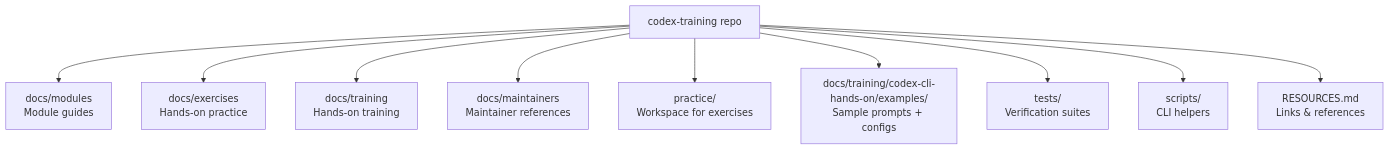
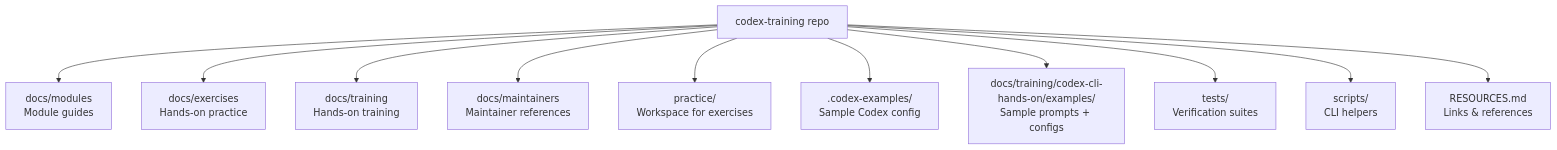
One commit to lbijeau/codex-training changed the second of 2 diagrams in README.md. Above: the diagram before and after it, drawn with Mermaid. The commit also changed other lines of this file, not shown here.

Commit message:
docs: align README codex examples references

````diff
--- a/README.md
+++ b/README.md
@@ -37,13 +37,14 @@
 ```mermaid
 graph TB
     ROOT["codex-training repo"]
     ROOT --> modules["docs/modules\nModule guides"]
     ROOT --> exercises["docs/exercises\nHands-on practice"]
     ROOT --> training["docs/training\nHands-on training"]
     ROOT --> maintainers["docs/maintainers\nMaintainer references"]
     ROOT --> practice["practice/\nWorkspace for exercises"]
-    ROOT --> codexExamples["docs/training/codex-cli-hands-on/examples/\nSample prompts + configs"]
+    ROOT --> codexExamples[".codex-examples/\nSample Codex config"]
+    ROOT --> trainingExamples["docs/training/codex-cli-hands-on/examples/\nSample prompts + configs"]
     ROOT --> tests["tests/\nVerification suites"]
     ROOT --> scripts["scripts/\nCLI helpers"]
     ROOT --> resources["RESOURCES.md\nLinks & references"]
 ```
````
